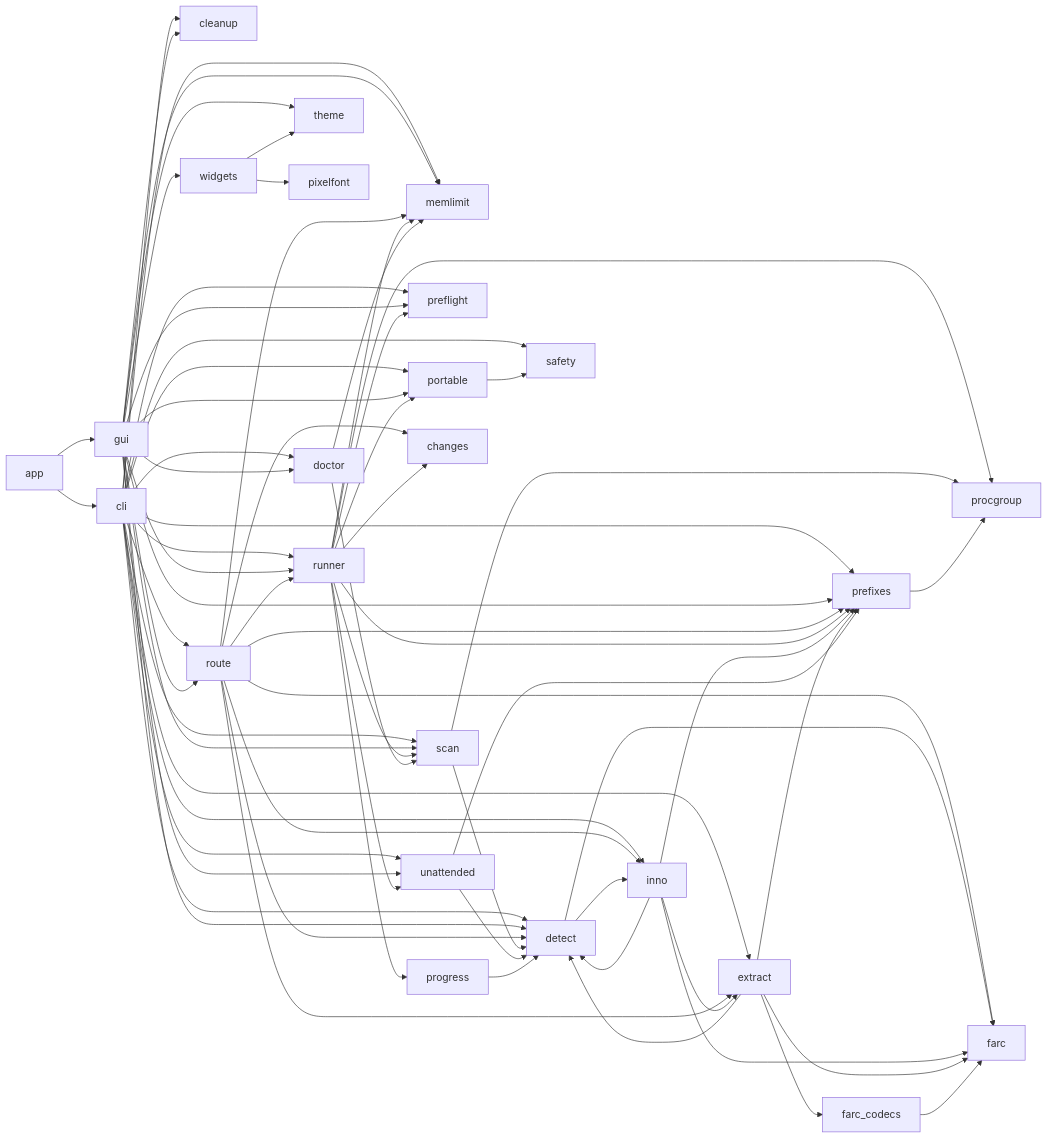
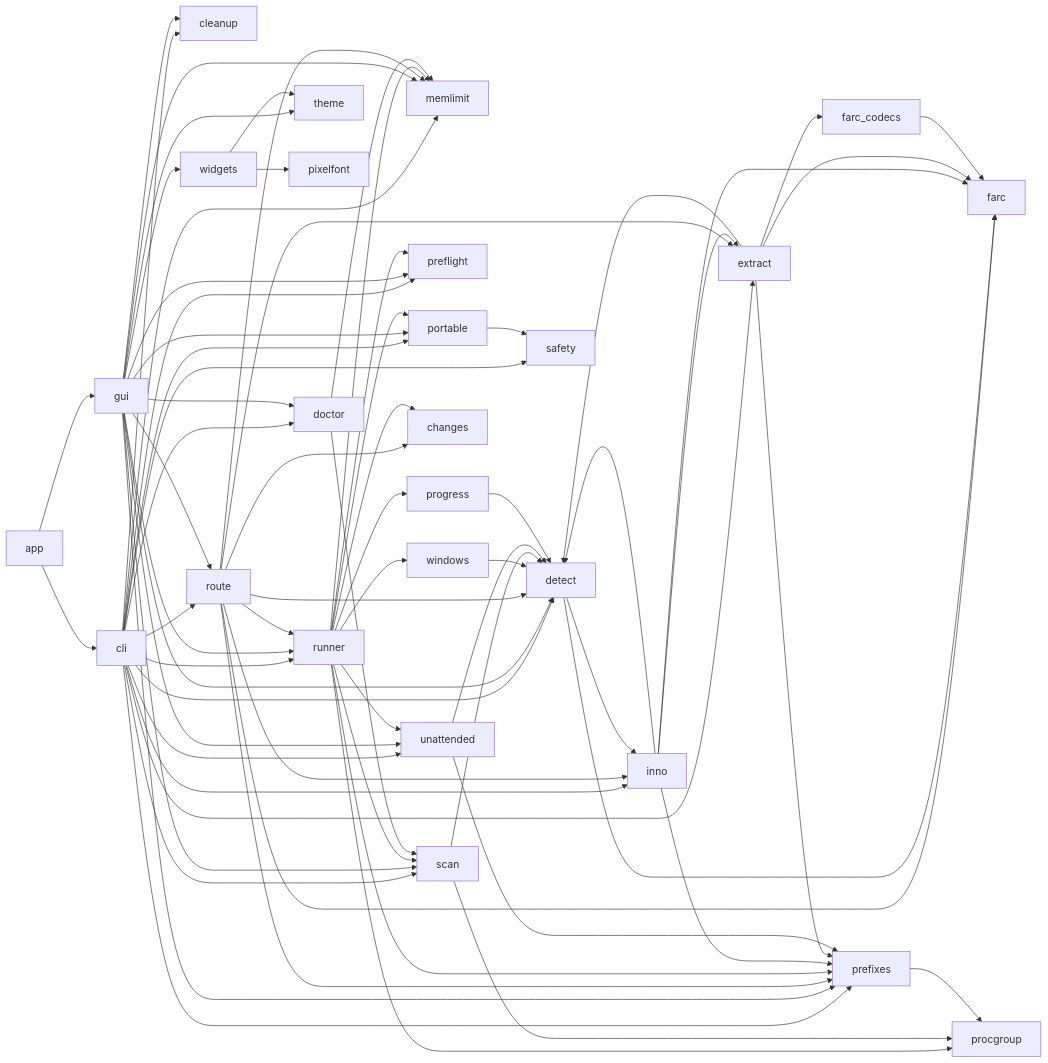
The second of 6 diagrams in docs/code-map.md (undecuple/gitfurl), drawn with Mermaid before and after one commit. The commit also changed other lines of this file and 9 other files, not shown here.

````diff
--- a/docs/code-map.md
+++ b/docs/code-map.md
@@ -57,19 +57,20 @@
 ```mermaid
 flowchart LR
   app --> cli & gui
   cli --> cleanup & detect & doctor & extract & inno & memlimit & portable & prefixes & preflight & route & runner & safety & scan & unattended
   gui --> cleanup & detect & doctor & memlimit & portable & prefixes & preflight & route & runner & scan & theme & unattended & widgets
   widgets --> pixelfont & theme
   route --> changes & detect & extract & farc & inno & memlimit & prefixes & runner
-  runner --> changes & memlimit & portable & prefixes & preflight & procgroup & progress & scan & unattended
+  runner --> changes & memlimit & portable & prefixes & preflight & procgroup & progress & scan & unattended & windows
+  windows --> detect
   detect --> farc & inno
   inno --> detect & extract & farc & prefixes
   extract --> detect & farc & farc_codecs & prefixes
   farc_codecs --> farc
   doctor --> memlimit & scan
   scan --> detect & procgroup
   unattended --> detect & prefixes
   progress --> detect
   prefixes --> procgroup
   portable --> safety
 ```
````
